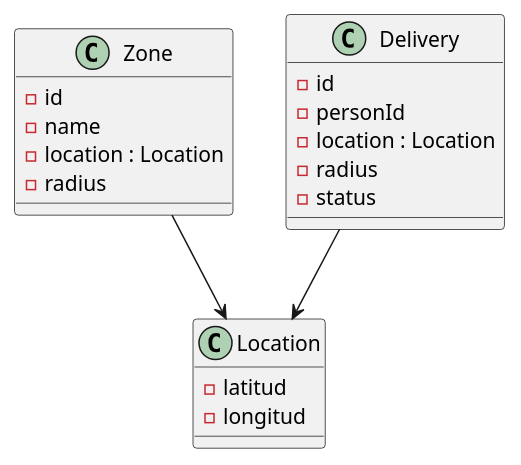
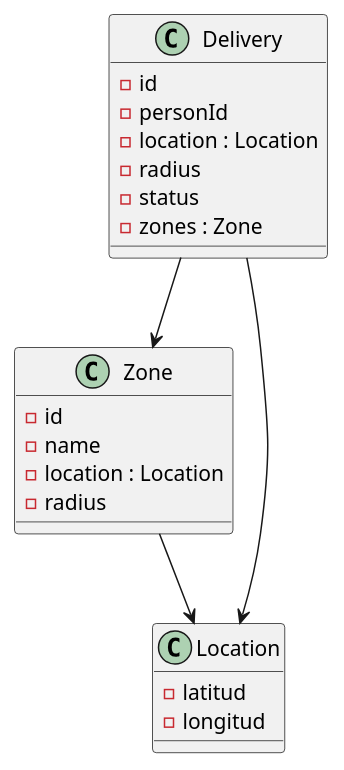
Before and after one commit to ciggyx/PedidoYa-Zona: the diagram in Diagramas/diagramas.plantuml, drawn with PlantUML.

```diff
--- a/Diagramas/diagramas.plantuml
+++ b/Diagramas/diagramas.plantuml
@@ -1,24 +1,26 @@
 @startuml Diagrama_de_clases_zona
 class Zone{
     - id
     - name
     - location : Location
     - radius
 }
 
 class Delivery{
     - id
     - personId
     - location : Location
     - radius
     - status
+    - zones : Zone
 }
 
 class Location{
     - latitud
     - longitud
 }
 
 Zone --> Location
 Delivery --> Location
+Delivery --> Zone
 @enduml
```
